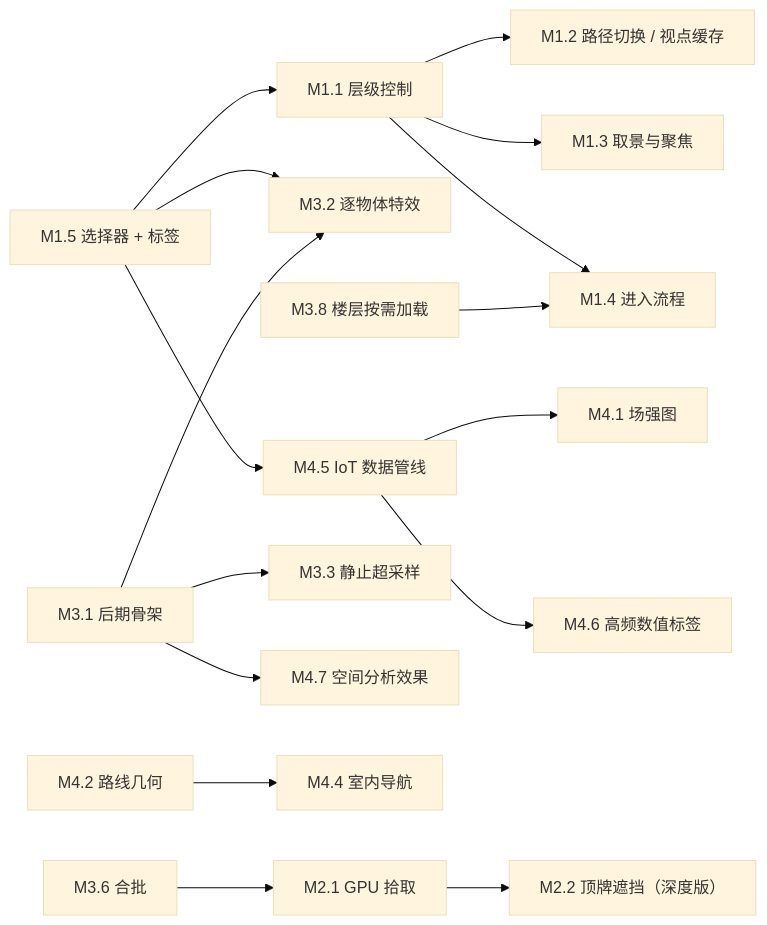
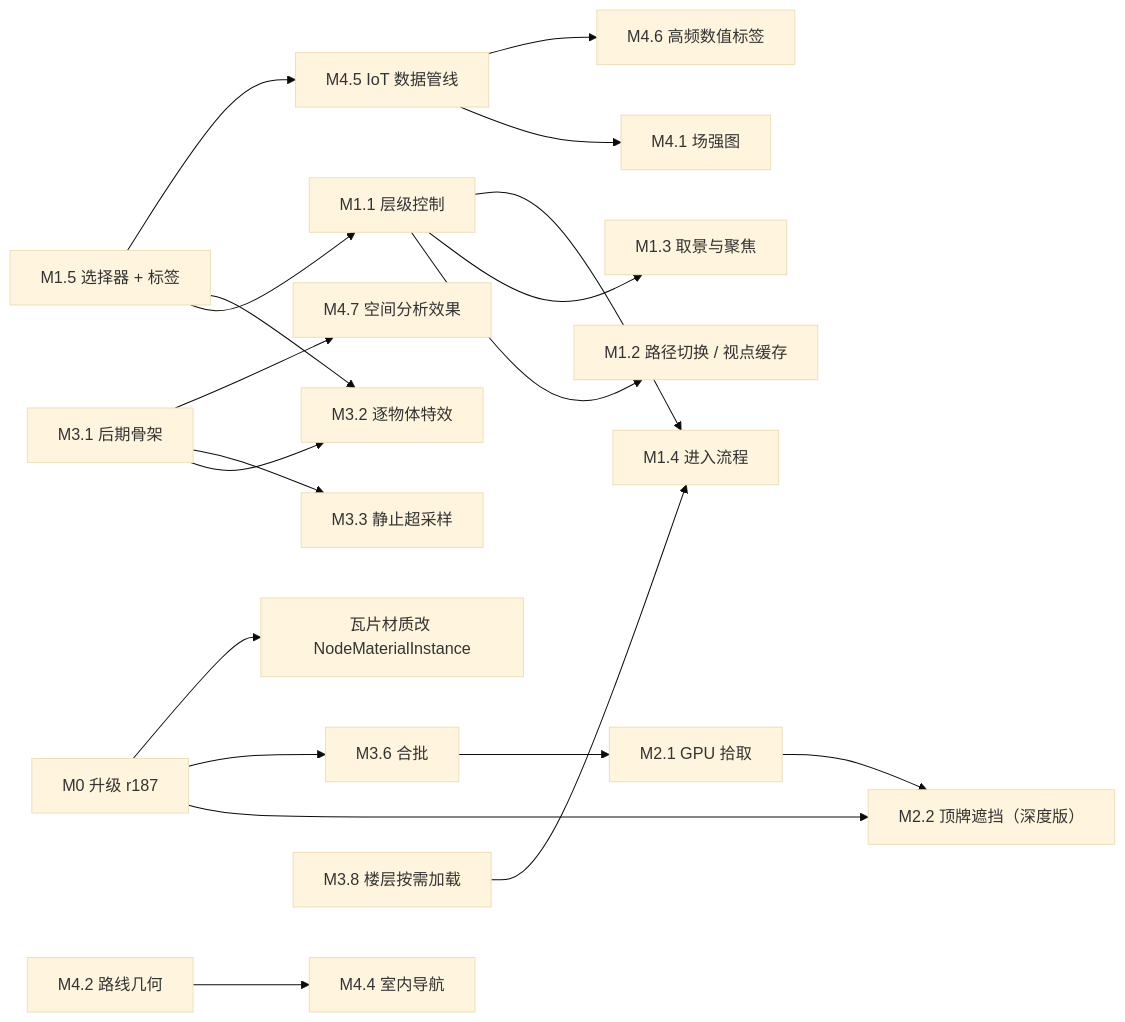
Before and after one commit to Yoy0o/three-geo-global: the diagram in docs/agents/roadmap.md, drawn with Mermaid (base theme). The commit also changed other lines of this file and 1 other file, not shown here.

First line of the commit message:
Update README.md and roadmap.md for enhancements and versioning

````diff
--- a/docs/agents/roadmap.md
+++ b/docs/agents/roadmap.md
@@ -307,18 +355,21 @@
 ```mermaid
 flowchart LR
+  U["M0 升级 r187"] --> O
+  U --> B
+  U --> MI["瓦片材质改 NodeMaterialInstance"]
   S["M1.5 选择器 + 标签"] --> L["M1.1 层级控制"]
   L --> P["M1.2 路径切换 / 视点缓存"]
   L --> V["M1.3 取景与聚焦"]
   L --> E["M1.4 进入流程"]
   S --> FX["M3.2 逐物体特效"]
   S --> D["M4.5 IoT 数据管线"]
   B["M3.6 合批"] --> G["M2.1 GPU 拾取"]
   G --> O["M2.2 顶牌遮挡（深度版）"]
   PP["M3.1 后期骨架"] --> FX
   PP --> SS["M3.3 静止超采样"]
   PP --> SA["M4.7 空间分析效果"]
   R["M4.2 路线几何"] --> N["M4.4 室内导航"]
   D --> F["M4.1 场强图"]
   D --> T["M4.6 高频数值标签"]
   M["M3.8 楼层按需加载"] --> E
 ```
````
